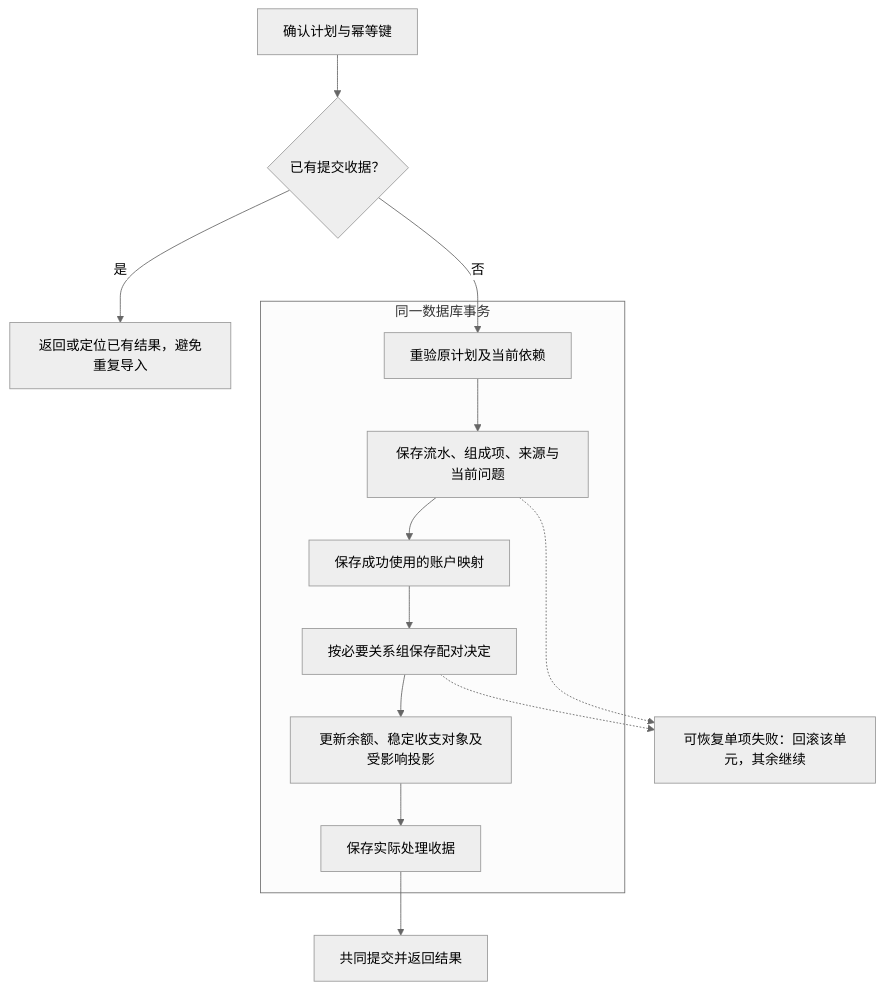
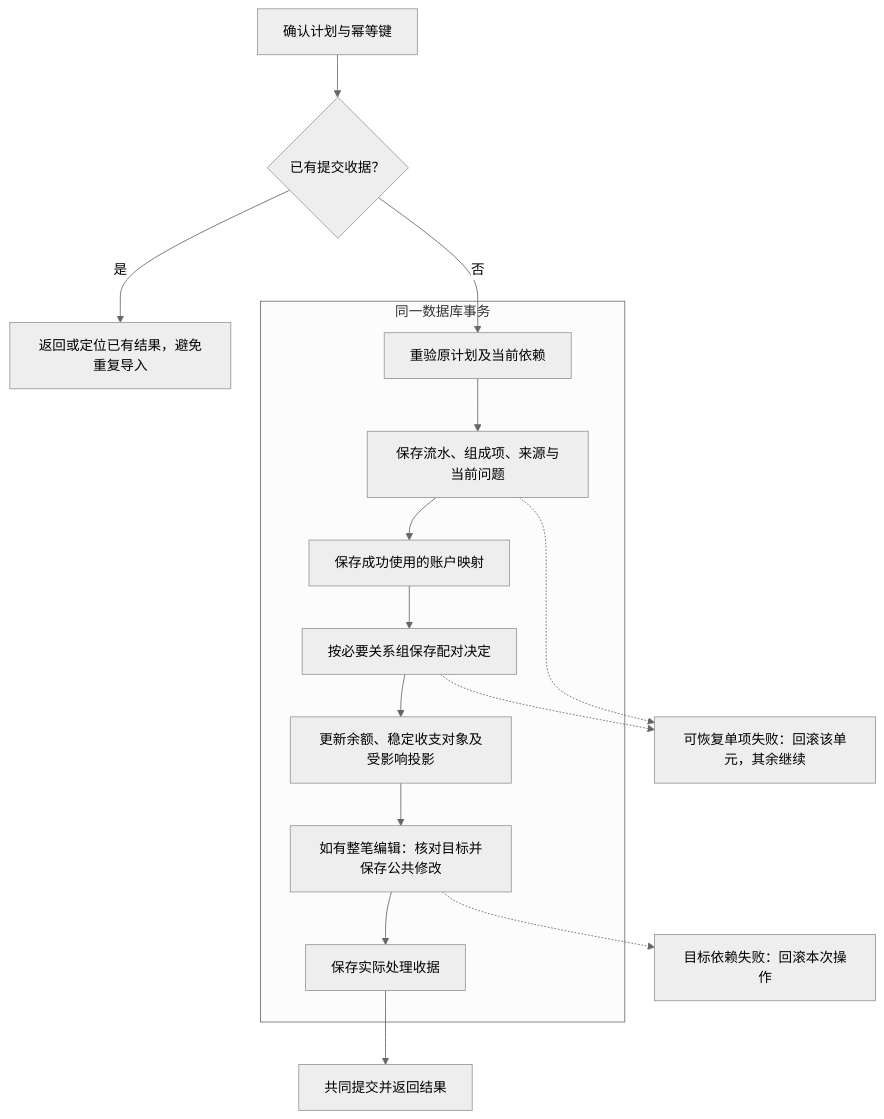
Before and after one commit to ssttkkl/finance-tracker: the fourth of 5 diagrams in docs/cash-import-flow.md, drawn with Mermaid (neutral theme). The commit also changed other lines of this file and 32 other files, not shown here.

````diff
--- a/docs/cash-import-flow.md
+++ b/docs/cash-import-flow.md
@@ -216,16 +216,18 @@
 ```mermaid
 flowchart TD
     A[确认计划与幂等键] --> B{已有提交收据？}
     B -->|是| R[返回或定位已有结果，避免重复导入]
     B -->|否| C[重验原计划及当前依赖]
     subgraph T[同一数据库事务]
         C --> D[保存流水、组成项、来源与当前问题]
         D --> E[保存成功使用的账户映射]
         E --> F[按必要关系组保存配对决定]
         F --> G[更新余额、稳定收支对象及受影响投影]
-        G --> H[保存实际处理收据]
+        G --> K[如有整笔编辑：核对目标并保存公共修改]
+        K --> H[保存实际处理收据]
     end
     H --> I[共同提交并返回结果]
     D -.-> J[可恢复单项失败：回滚该单元，其余继续]
     F -.-> J
+    K -.-> X[目标依赖失败：回滚本次操作]
 ```
````
